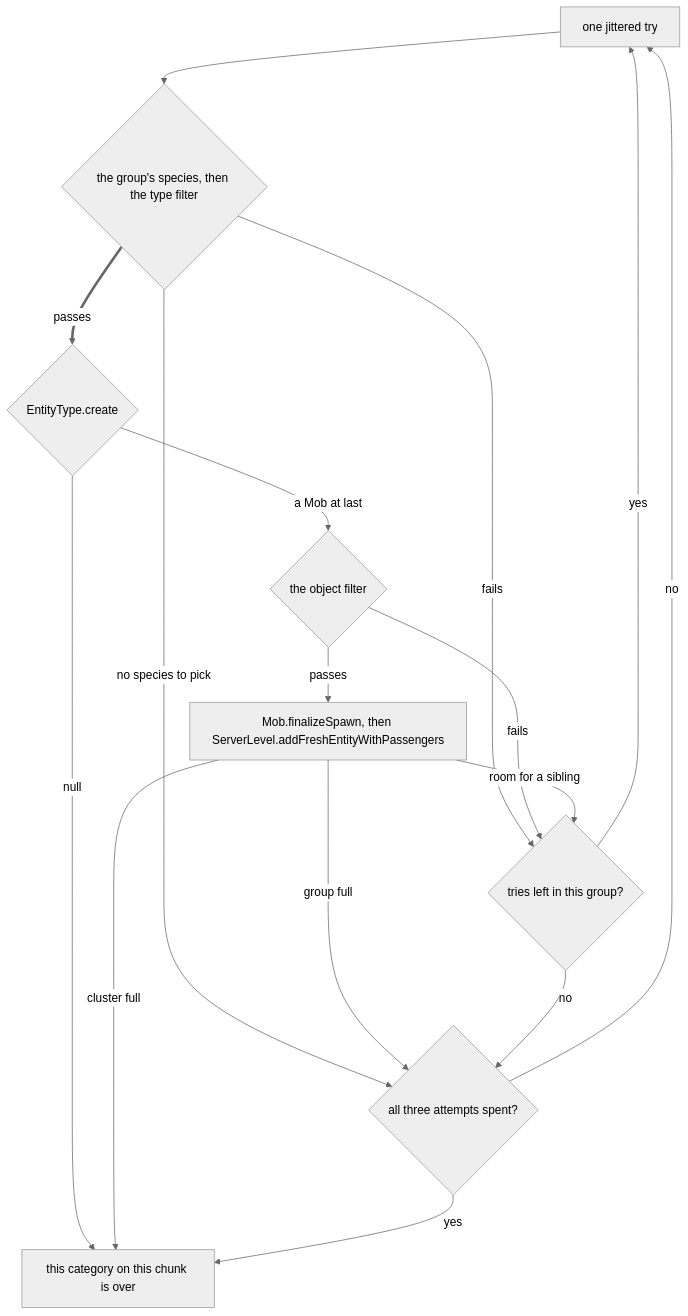
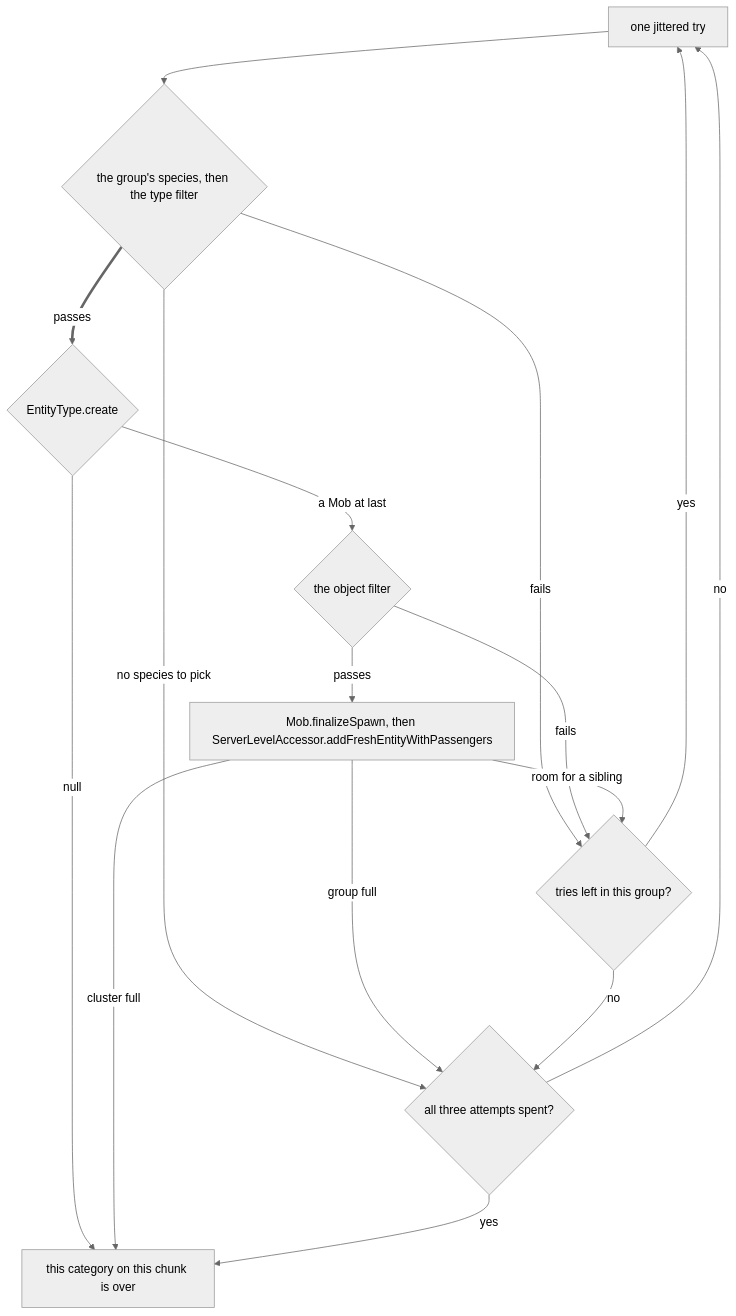
Before and after one commit to AlexanderjFraser/MinecraftDocs: the second of 4 diagrams in src/systems/entities/entity-lifecycle.md, drawn with Mermaid (neutral theme). The commit also changed other lines of this file and 13 other files, not shown here.

````diff
--- a/src/systems/entities/entity-lifecycle.md
+++ b/src/systems/entities/entity-lifecycle.md
@@ -66,18 +67,18 @@
 ```mermaid
 flowchart TD
     JIT["one jittered try"] --> TRY{"the group's species, then the type filter"}
     TRY -->|"no species to pick"| GRP
     TRY -->|"fails"| MORE{"tries left in this group?"}
     TRY ==>|"passes"| MAKE{"EntityType.create"}
     MAKE -->|"null"| OVER["this category on this chunk is over"]
     MAKE -->|"a Mob at last"| OBJ{"the object filter"}
     OBJ -->|"fails"| MORE
-    OBJ -->|"passes"| FIN["Mob.finalizeSpawn, then ServerLevel.addFreshEntityWithPassengers"]
+    OBJ -->|"passes"| FIN["Mob.finalizeSpawn, then ServerLevelAccessor.addFreshEntityWithPassengers"]
     FIN -->|"cluster full"| OVER
     FIN -->|"group full"| GRP
     FIN -->|"room for a sibling"| MORE
     MORE -->|"yes"| JIT
     MORE -->|"no"| GRP{"all three attempts spent?"}
     GRP -->|"no"| JIT
     GRP -->|"yes"| OVER
 ```
````
